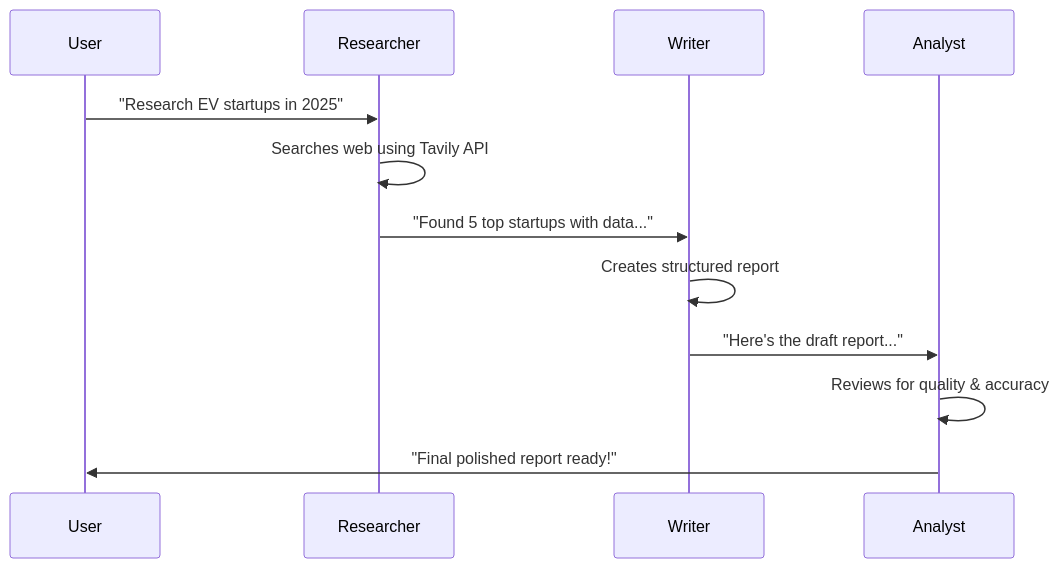
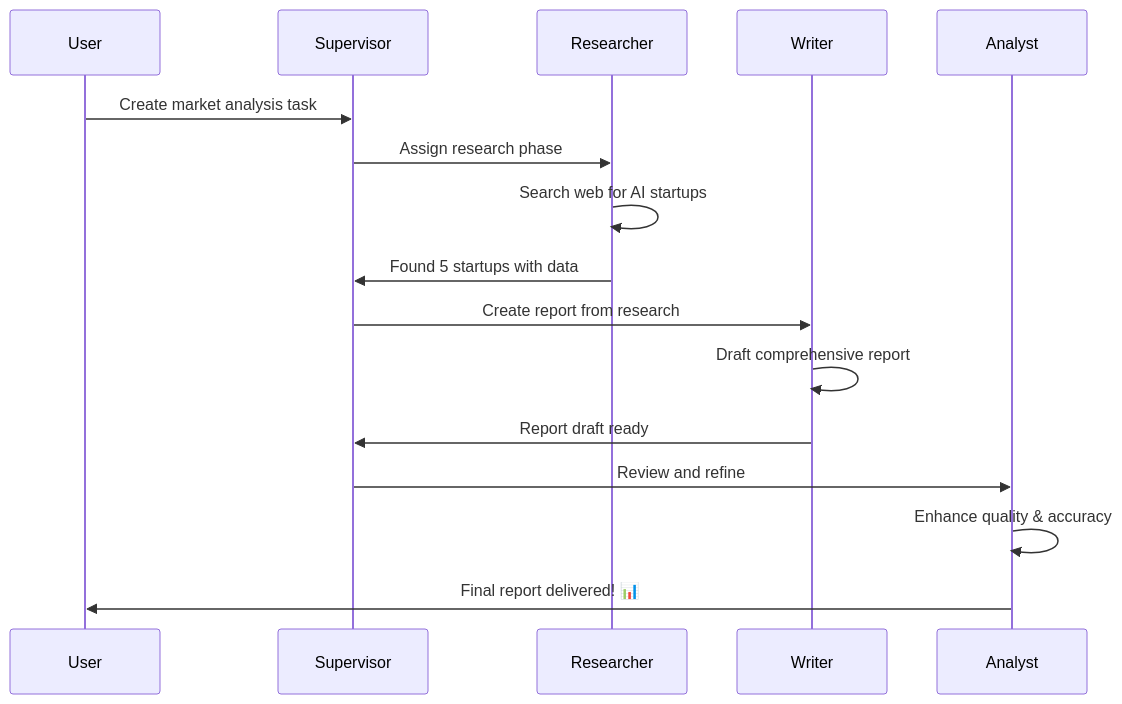
One commit to Aut0Matee/AIDigitalWorkforce changed the second of 2 diagrams in README.md. Above: the diagram before and after it, drawn with Mermaid. The commit also changed other lines of this file and 563 other files, not shown here.

````diff
--- a/README.md
+++ b/README.md
@@ -163,15 +170,19 @@
 ```mermaid
 sequenceDiagram
     participant User
+    participant Supervisor
     participant Researcher
     participant Writer
     participant Analyst
     
-    User->>Researcher: "Research EV startups in 2025"
-    Researcher->>Researcher: Searches web using Tavily API
-    Researcher->>Writer: "Found 5 top startups with data..."
-    Writer->>Writer: Creates structured report
-    Writer->>Analyst: "Here's the draft report..."
-    Analyst->>Analyst: Reviews for quality & accuracy
-    Analyst->>User: "Final polished report ready!"
+    User->>Supervisor: Create market analysis task
+    Supervisor->>Researcher: Assign research phase
+    Researcher->>Researcher: Search web for AI startups
+    Researcher->>Supervisor: Found 5 startups with data
+    Supervisor->>Writer: Create report from research
+    Writer->>Writer: Draft comprehensive report
+    Writer->>Supervisor: Report draft ready
+    Supervisor->>Analyst: Review and refine
+    Analyst->>Analyst: Enhance quality & accuracy
+    Analyst->>User: Final report delivered! 📊
 ```
````
